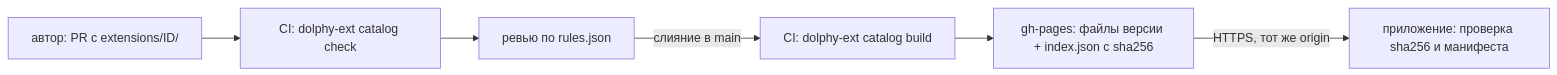
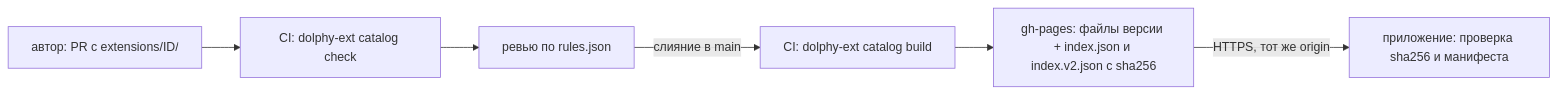
The second of 2 diagrams in docs/design/extensions.md (dolphy-app/dolphy), drawn with Mermaid before and after one commit. The commit also changed other lines of this file and 1 other file, not shown here.

Commit message:
docs(repo): complete the extension assets, icon and two-index sections of extensions.md

````diff
--- a/docs/design/extensions.md
+++ b/docs/design/extensions.md
@@ -961,8 +1045,8 @@
 ```mermaid
 flowchart LR
   A[автор: PR с extensions/ID/] --> B[CI: dolphy-ext catalog check]
   B --> C[ревью по rules.json]
   C -->|слияние в main| D[CI: dolphy-ext catalog build]
-  D --> E[gh-pages: файлы версии + index.json с sha256]
+  D --> E[gh-pages: файлы версии + index.json и index.v2.json с sha256]
   E -->|HTTPS, тот же origin| F[приложение: проверка sha256 и манифеста]
 ```
````
